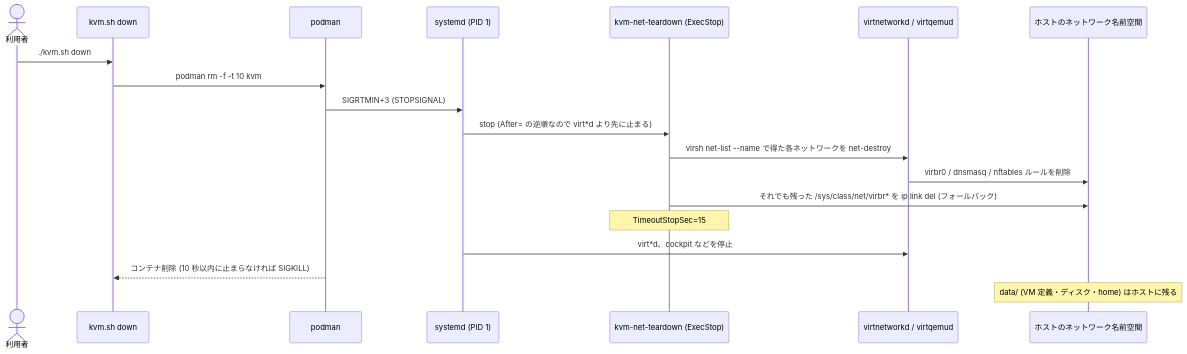
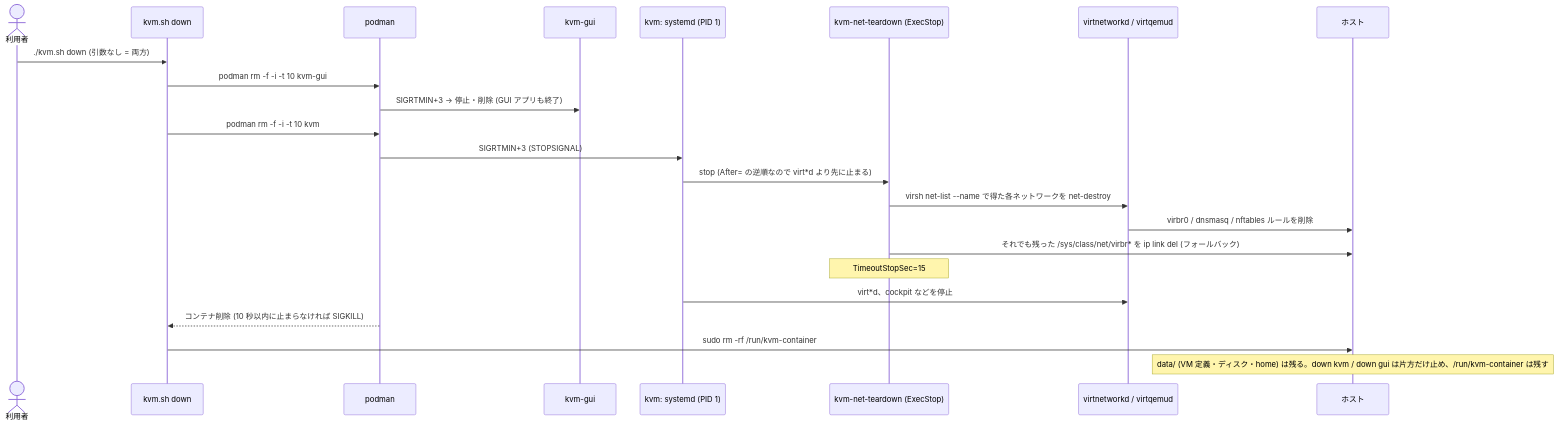
One commit to ryo-aoki-pc/kvm-container changed diagram 17 of 22 in docs/SPEC.md. Above: the diagram before and after it, drawn with Mermaid. The commit also changed other lines of this file, not shown here.

First line of the commit message:
docs/SPEC.md を 2 コンテナ構成 (kvm + kvm-gui) に合わせて全面更新する

````diff
--- a/docs/SPEC.md
+++ b/docs/SPEC.md
@@ -667,21 +840,25 @@
 ```mermaid
 sequenceDiagram
   actor U as 利用者
   participant K as kvm.sh down
   participant P as podman
-  participant S as systemd (PID 1)
+  participant G as kvm-gui
+  participant S as kvm: systemd (PID 1)
   participant T as kvm-net-teardown (ExecStop)
   participant V as virtnetworkd / virtqemud
-  participant H as ホストのネットワーク名前空間
-  U->>K: ./kvm.sh down
-  K->>P: podman rm -f -t 10 kvm
+  participant H as ホスト
+  U->>K: ./kvm.sh down (引数なし = 両方)
+  K->>P: podman rm -f -i -t 10 kvm-gui
+  P->>G: SIGRTMIN+3 → 停止・削除 (GUI アプリも終了)
+  K->>P: podman rm -f -i -t 10 kvm
   P->>S: SIGRTMIN+3 (STOPSIGNAL)
   S->>T: stop (After= の逆順なので virt*d より先に止まる)
   T->>V: virsh net-list --name で得た各ネットワークを net-destroy
   V->>H: virbr0 / dnsmasq / nftables ルールを削除
   T->>H: それでも残った /sys/class/net/virbr* を ip link del (フォールバック)
   Note over T: TimeoutStopSec=15
   S->>V: virt*d、cockpit などを停止
   P-->>K: コンテナ削除 (10 秒以内に止まらなければ SIGKILL)
-  Note over H: data/ (VM 定義・ディスク・home) はホストに残る
+  K->>H: sudo rm -rf /run/kvm-container
+  Note over H: data/ (VM 定義・ディスク・home) は残る。down kvm / down gui は片方だけ止め、/run/kvm-container は残す
 ```
````
